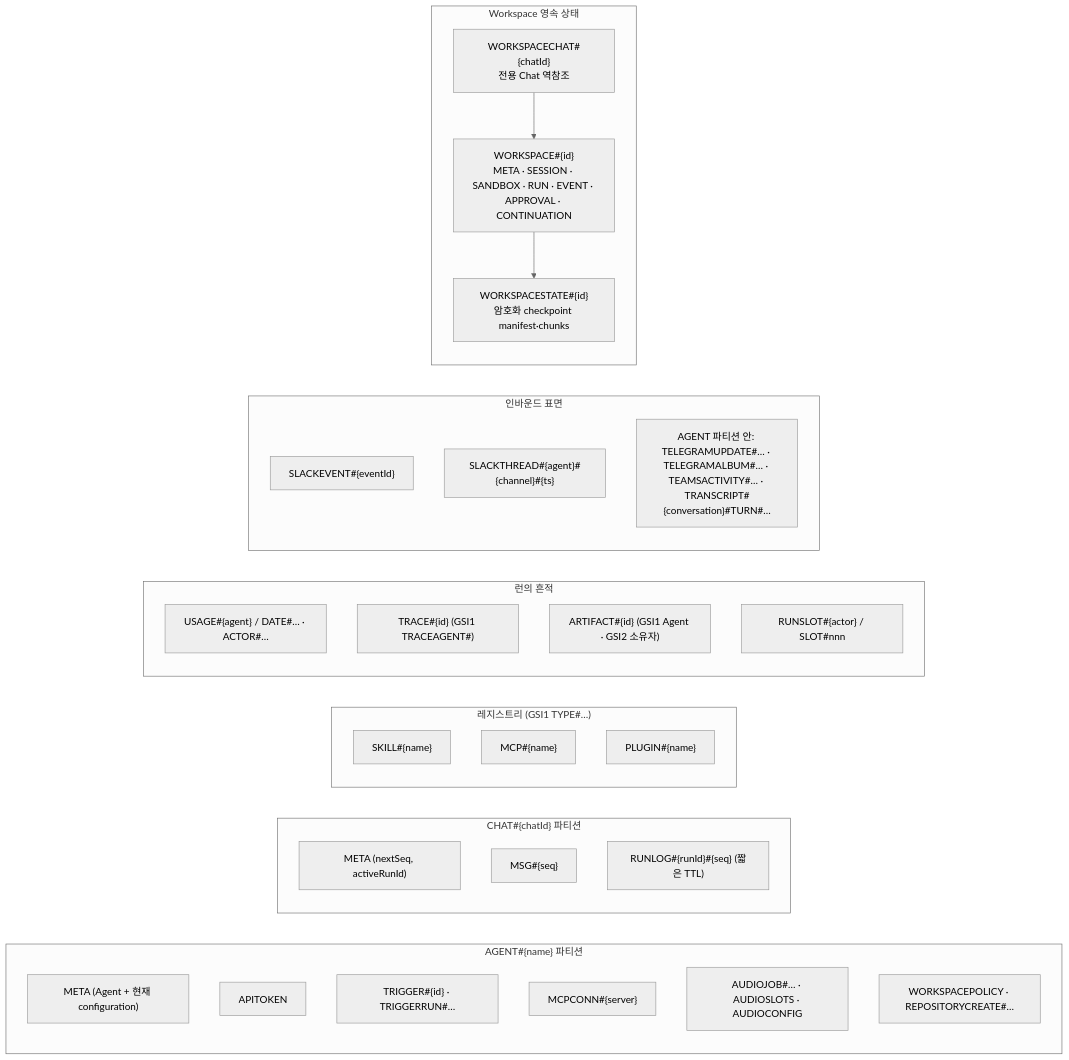
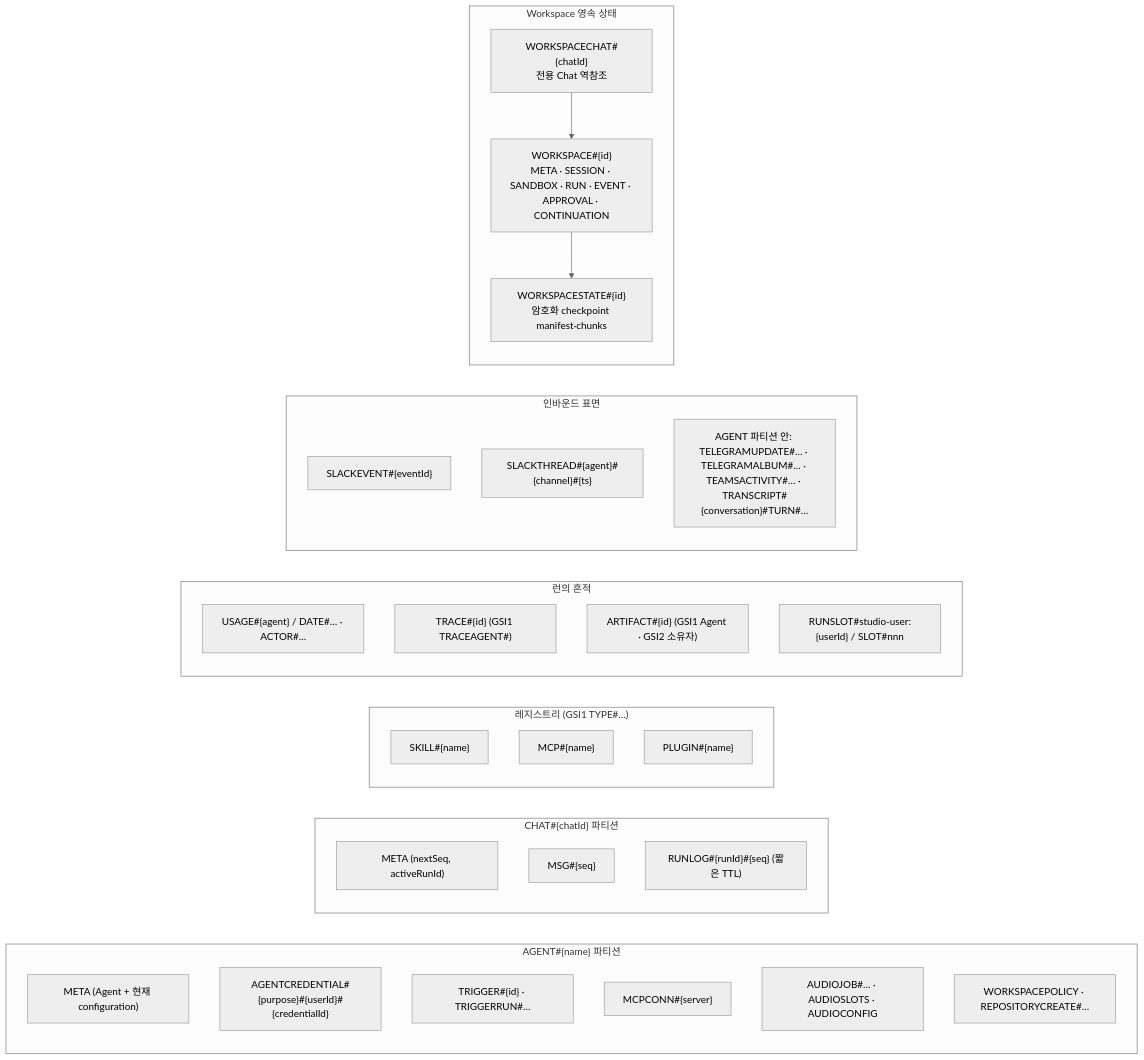
The seventh of 9 diagrams in docs/DIAGRAMS.md (opspresso/agent-studio), drawn with Mermaid (neutral theme) before and after one commit. The commit also changed 24 other files, not shown here.

````diff
--- a/docs/DIAGRAMS.md
+++ b/docs/DIAGRAMS.md
@@ -223,39 +223,39 @@
 ```mermaid
 flowchart LR
   subgraph agent["AGENT#{name} 파티션"]
     meta["META (Agent + 현재 configuration)"]
-    tok["APITOKEN"]
+    tok["AGENTCREDENTIAL#{purpose}#{userId}#{credentialId}"]
     trig["TRIGGER#{id} · TRIGGERRUN#…"]
     conn["MCPCONN#{server}"]
     jobs["AUDIOJOB#… · AUDIOSLOTS · AUDIOCONFIG"]
     policy["WORKSPACEPOLICY · REPOSITORYCREATE#…"]
   end
   subgraph chat["CHAT#{chatId} 파티션"]
     cmeta["META (nextSeq, activeRunId)"]
     msg["MSG#{seq}"]
     runlog["RUNLOG#{runId}#{seq} (짧은 TTL)"]
   end
   subgraph registry["레지스트리 (GSI1 TYPE#…)"]
     skill["SKILL#{name}"]
     mcp["MCP#{name}"]
     plugin["PLUGIN#{name}"]
   end
   subgraph runs["런의 흔적"]
     usage["USAGE#{agent} / DATE#… · ACTOR#…"]
     trace["TRACE#{id} (GSI1 TRACEAGENT#)"]
     artifact["ARTIFACT#{id} (GSI1 Agent · GSI2 소유자)"]
-    slot["RUNSLOT#{actor} / SLOT#nnn"]
+    slot["RUNSLOT#studio-user:{userId} / SLOT#nnn"]
   end
   subgraph inbound["인바운드 표면"]
     sev["SLACKEVENT#{eventId}"]
     sthread["SLACKTHREAD#{agent}#{channel}#{ts}"]
     transcript["AGENT 파티션 안: TELEGRAMUPDATE#… · TELEGRAMALBUM#… · TEAMSACTIVITY#… · TRANSCRIPT#{conversation}#TURN#…"]
   end
   subgraph workspace["Workspace 영속 상태"]
     ws["WORKSPACE#{id}<br/>META · SESSION · SANDBOX · RUN · EVENT · APPROVAL · CONTINUATION"]
     cp["WORKSPACESTATE#{id}<br/>암호화 checkpoint manifest·chunks"]
     mapping["WORKSPACECHAT#{chatId}<br/>전용 Chat 역참조"]
     ws --> cp
     mapping --> ws
   end
 ```
````
